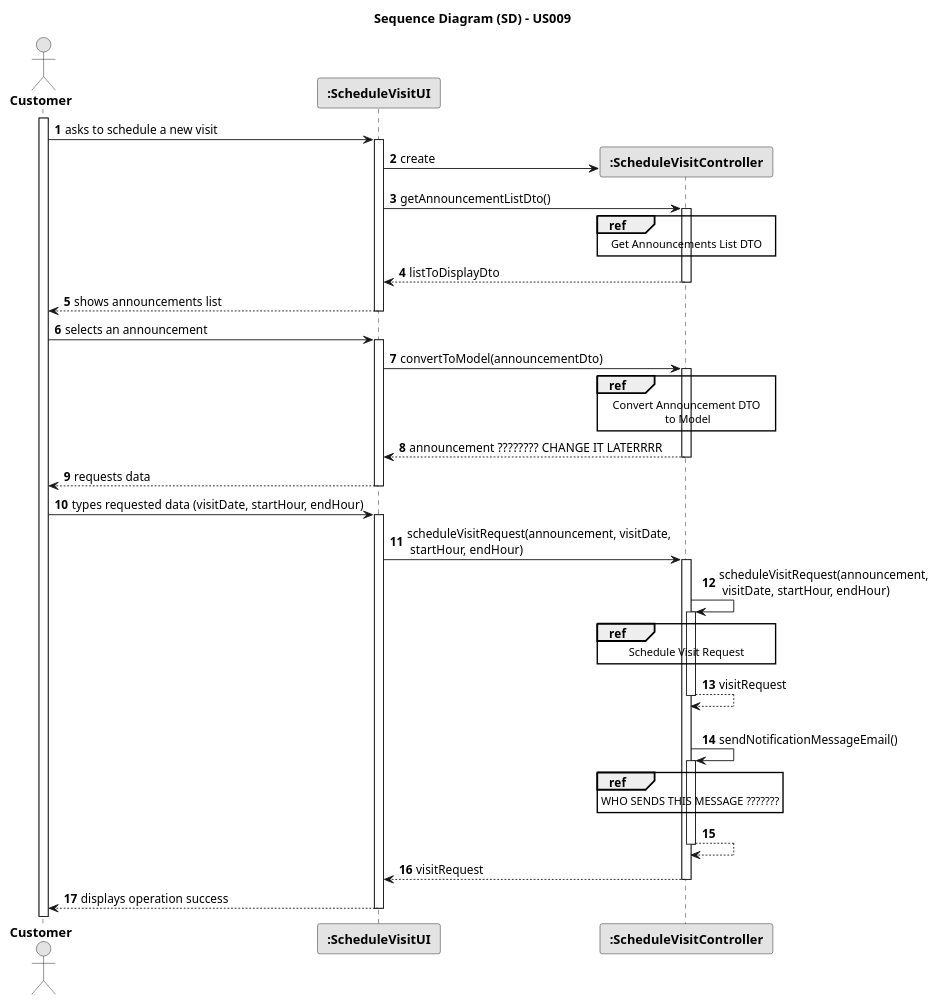
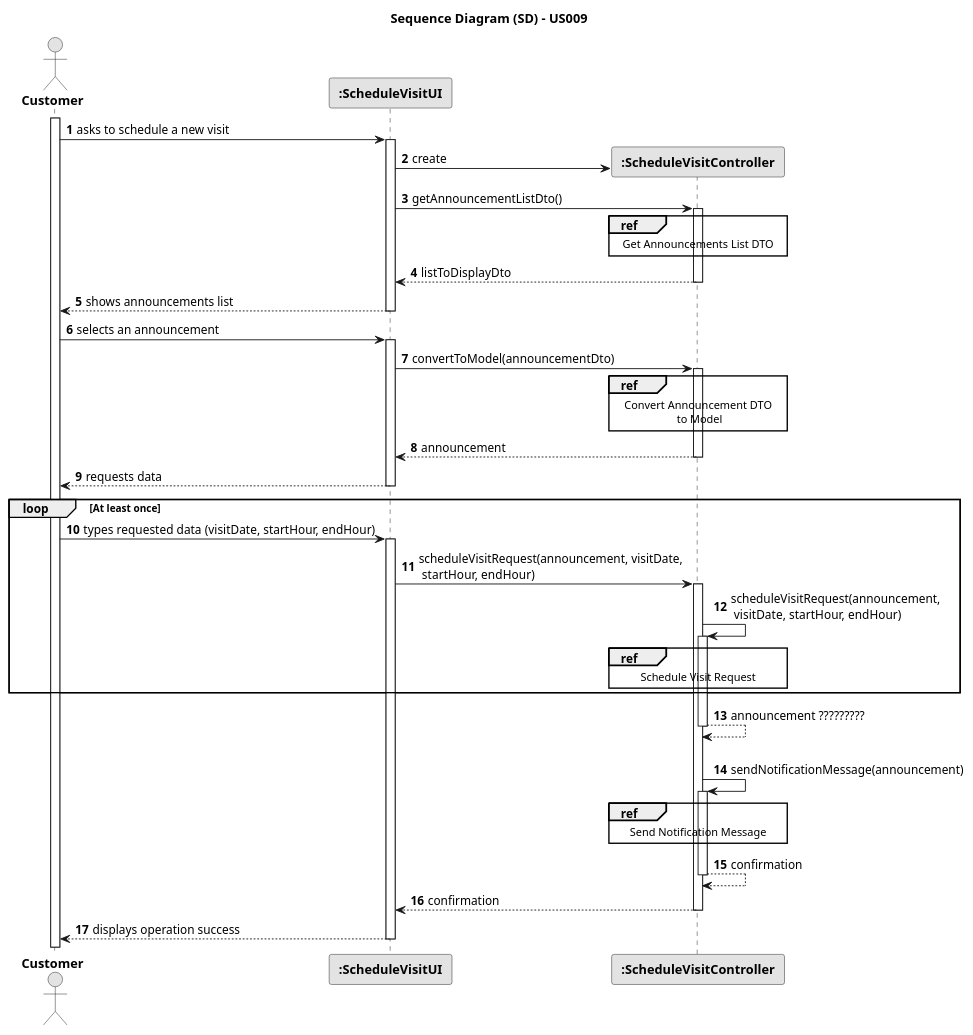
The diagram in docs/sprintC/us009/03.design/puml/us009-sequence-diagram-slip.puml (rita-barbosa/LAPR2-2223), drawn with PlantUML before and after one commit.

Commit message:
Split SD update [US009] [Design]

```diff
--- a/docs/sprintC/us009/03.design/puml/us009-sequence-diagram-slip.puml
+++ b/docs/sprintC/us009/03.design/puml/us009-sequence-diagram-slip.puml
@@ -1,88 +1,85 @@
 @startuml
 skinparam monochrome true
 skinparam packageStyle rectangle
 skinparam shadowing false
 
 title Sequence Diagram (SD) - US009
 
 autonumber
 
 actor "<b> Customer </b>" as CTM
 participant "<b> :ScheduleVisitUI </b>" as UI
 participant "<b> :ScheduleVisitController </b>" as CTRL
 
 activate CTM
 
     CTM -> UI : asks to schedule a new visit
         activate UI
 
     UI -> CTRL** : create
 
     UI -> CTRL : getAnnouncementListDto()
         activate CTRL
             ref over CTRL
                 Get Announcements List DTO
             end ref
     CTRL --> UI : listToDisplayDto
         deactivate CTRL
 
     UI --> CTM : shows announcements list
         deactivate UI
 
     CTM -> UI : selects an announcement
         activate UI
 
     UI -> CTRL : convertToModel(announcementDto)
     activate CTRL
         ref over CTRL
             Convert Announcement DTO
              to Model
         end ref
 
-        CTRL --> UI : announcement ???????? CHANGE IT LATERRRR
+        CTRL --> UI : announcement
     deactivate CTRL
 
     UI --> CTM : requests data
         deactivate UI
 
+    loop At least once
     CTM -> UI : types requested data (visitDate, startHour, endHour)
         activate UI
 
         UI -> CTRL : scheduleVisitRequest(announcement, visitDate,\n startHour, endHour)
 
         activate CTRL
 
         CTRL -> CTRL : scheduleVisitRequest(announcement,\n visitDate, startHour, endHour)
         activate CTRL
 
         ref over CTRL
             Schedule Visit Request
         end ref
 
-            CTRL --> CTRL : visitRequest
+        end loop
+
+            CTRL --> CTRL : announcement ?????????
         deactivate CTRL
 
 |||
-    CTRL -> CTRL : sendNotificationMessageEmail()
+    CTRL -> CTRL : sendNotificationMessage(announcement)
         activate CTRL
 
         ref over CTRL
-            WHO SENDS THIS MESSAGE ???????
+            Send Notification Message
         end ref
 
-    CTRL --> CTRL
+    CTRL --> CTRL : confirmation
     deactivate CTRL
 
-    CTRL --> UI : visitRequest
+    CTRL --> UI : confirmation
     deactivate CTRL
-
-
-
-    ' FALTA A PARTE DO EMAIL !!!!!!!!!!
-
-
 
     UI --> CTM : displays operation success
         deactivate UI
 
 @enduml
```
